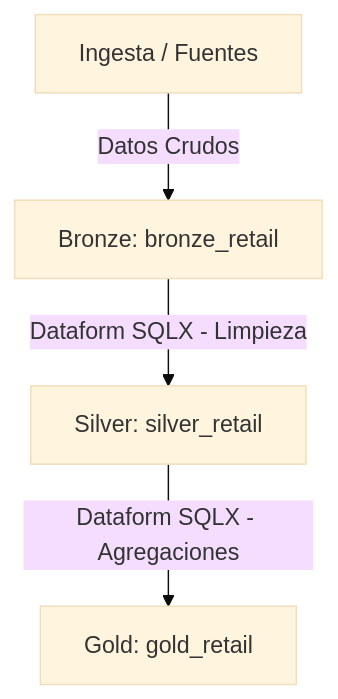
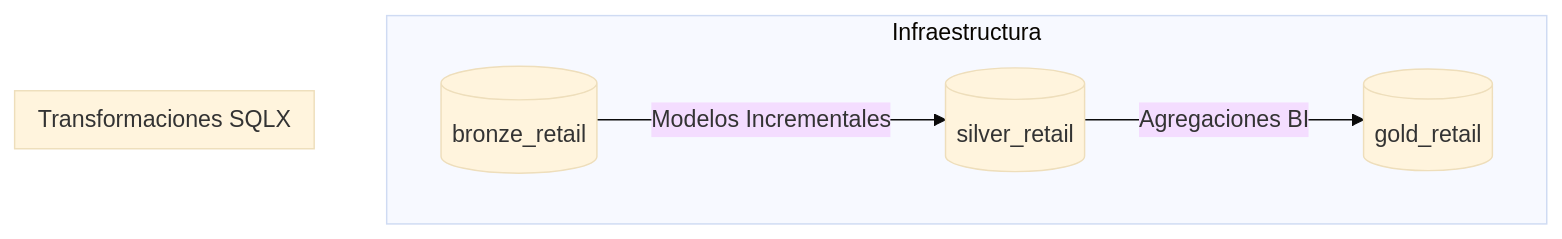
One commit to Echeverria29/Terraform_Dataform_GitHub_CI_CD_GCP changed the first of 2 diagrams in README.md. Above: the diagram before and after it, drawn with Mermaid (base theme). The commit also changed other lines of this file, not shown here.

Commit message:
feat: enhance README.md with detailed architecture and GitOps flow descriptions

````diff
--- a/README.md
+++ b/README.md
@@ -15,6 +14,13 @@
 ```mermaid
 graph TD
-    A[Ingesta / Fuentes] -->|Datos Crudos| B[Bronze: bronze_retail]
-    B -->|Dataform SQLX - Limpieza| C[Silver: silver_retail]
-    C -->|Dataform SQLX - Agregaciones| D[Gold: gold_retail]
+    subgraph Terraform [Infraestructura]
+        A[(bronze_retail)]
+        B[(silver_retail)]
+        C[(gold_retail)]
+    end
+
+    subgraph Dataform [Transformaciones SQLX]
+        A -->|Modelos Incrementales| B
+        B -->|Agregaciones BI| C
+    end
 ```
````
